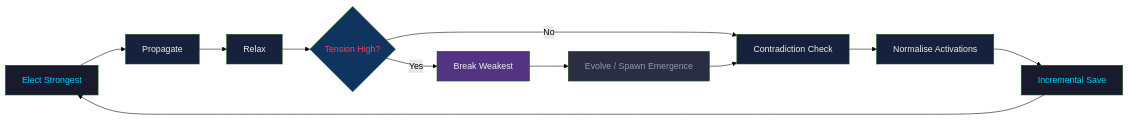
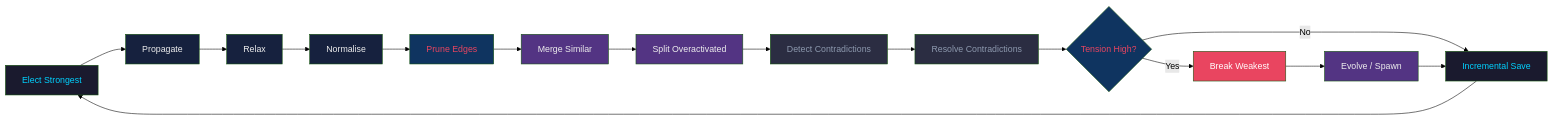
One commit to BoggersTheFish/BoggersTheAI changed the diagram in README.md. Above: the diagram before and after it, drawn with Mermaid (forest theme). The commit also changed other lines of this file and 45 other files, not shown here.

````diff
--- a/README.md
+++ b/README.md
@@ -225,23 +747,31 @@
 ```mermaid
 flowchart LR
     A[Elect Strongest] --> B[Propagate]
     B --> C[Relax]
-    C --> D{Tension High?}
-    D -- Yes --> E[Break Weakest]
-    E --> F[Evolve / Spawn Emergence]
-    D -- No --> G[Contradiction Check]
-    F --> G
-    G --> H[Normalise Activations]
-    H --> I[Incremental Save]
-    I --> A
+    C --> D[Normalise]
+    D --> E[Prune Edges]
+    E --> F[Merge Similar]
+    F --> G[Split Overactivated]
+    G --> H[Detect Contradictions]
+    H --> I[Resolve Contradictions]
+    I --> J{Tension High?}
+    J -- Yes --> K[Break Weakest]
+    K --> L[Evolve / Spawn]
+    J -- No --> M[Incremental Save]
+    L --> M
+    M --> A
 
     style A fill:#1a1a2e,color:#00d2ff
     style B fill:#16213e,color:#eee
     style C fill:#16213e,color:#eee
-    style D fill:#0f3460,color:#e94560
-    style E fill:#533483,color:#eee
-    style F fill:#2b2d42,color:#8d99ae
-    style G fill:#16213e,color:#eee
-    style H fill:#16213e,color:#eee
-    style I fill:#1a1a2e,color:#00d2ff
+    style D fill:#16213e,color:#eee
+    style E fill:#0f3460,color:#e94560
+    style F fill:#533483,color:#eee
+    style G fill:#533483,color:#eee
+    style H fill:#2b2d42,color:#8d99ae
+    style I fill:#2b2d42,color:#8d99ae
+    style J fill:#0f3460,color:#e94560
+    style K fill:#e94560,color:#fff
+    style L fill:#533483,color:#eee
+    style M fill:#1a1a2e,color:#00d2ff
 ```
````
